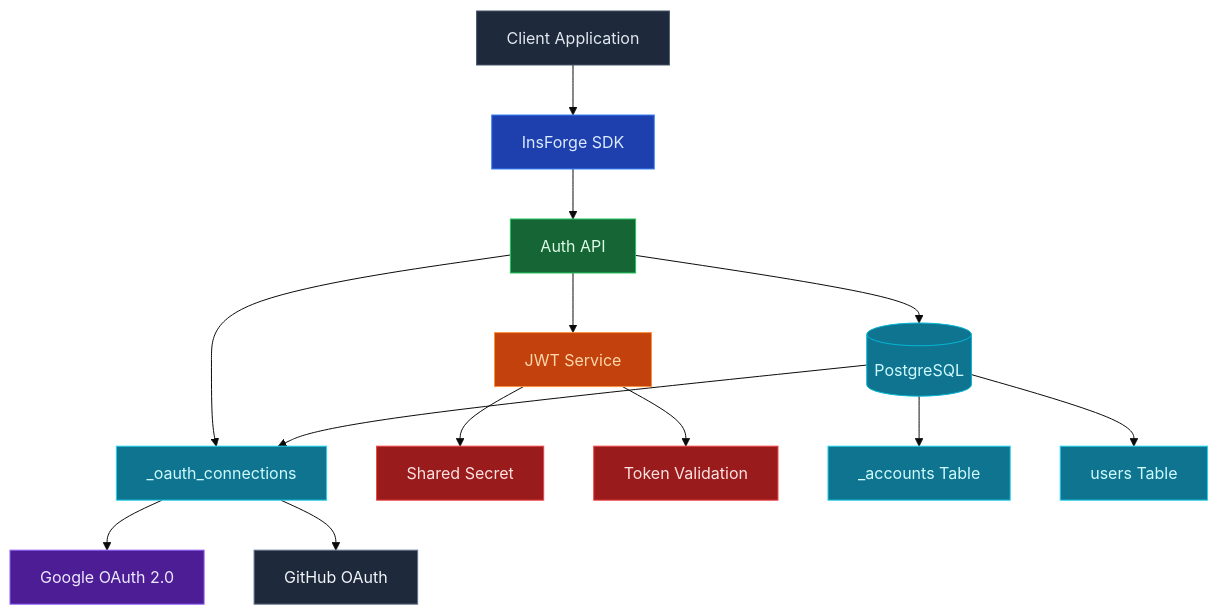
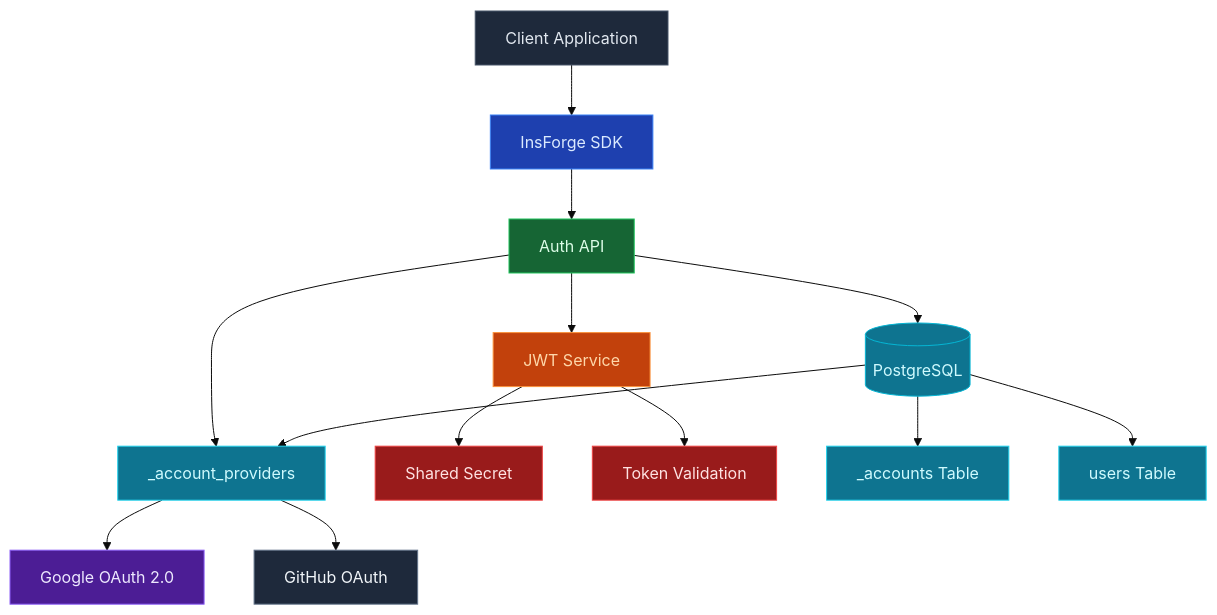
The first of 3 diagrams in docs/core-concepts/authentication/architecture.mdx (InsForge/InsForge), drawn with Mermaid (base theme) before and after one commit. The commit also changed other lines of this file and 7 other files, not shown here.

````diff
--- a/docs/core-concepts/authentication/architecture.mdx
+++ b/docs/core-concepts/authentication/architecture.mdx
@@ -12,33 +12,33 @@
 ```mermaid
 graph TB
     Client[Client Application] --> SDK[InsForge SDK]
     SDK --> AuthAPI[Auth API]
     
     AuthAPI --> JWT[JWT Service]
     AuthAPI --> OAuth[OAuth Providers]
     AuthAPI --> DB[(PostgreSQL)]
     
     OAuth --> Google[Google OAuth 2.0]
     OAuth --> GitHub[GitHub OAuth]
     
     JWT --> Secret[Shared Secret]
     JWT --> Validation[Token Validation]
     
     DB --> Accounts[_accounts Table]
     DB --> Users[users Table]
-    DB --> OAuth[_oauth_connections]
+    DB --> OAuth[_account_providers]
     
     style Client fill:#1e293b,stroke:#475569,color:#e2e8f0
     style SDK fill:#1e40af,stroke:#3b82f6,color:#dbeafe
     style AuthAPI fill:#166534,stroke:#22c55e,color:#dcfce7
     style JWT fill:#c2410c,stroke:#fb923c,color:#fed7aa
     style OAuth fill:#6b21a8,stroke:#a855f7,color:#f3e8ff
     style DB fill:#0e7490,stroke:#06b6d4,color:#cffafe
     style Secret fill:#991b1b,stroke:#ef4444,color:#fee2e2
     style Google fill:#4c1d95,stroke:#8b5cf6,color:#ede9fe
     style GitHub fill:#1e293b,stroke:#64748b,color:#f1f5f9
     style Validation fill:#991b1b,stroke:#ef4444,color:#fee2e2
     style Accounts fill:#0e7490,stroke:#22d3ee,color:#cffafe
     style Users fill:#0e7490,stroke:#22d3ee,color:#cffafe
     style OAuth fill:#0e7490,stroke:#22d3ee,color:#cffafe
 ```
````
